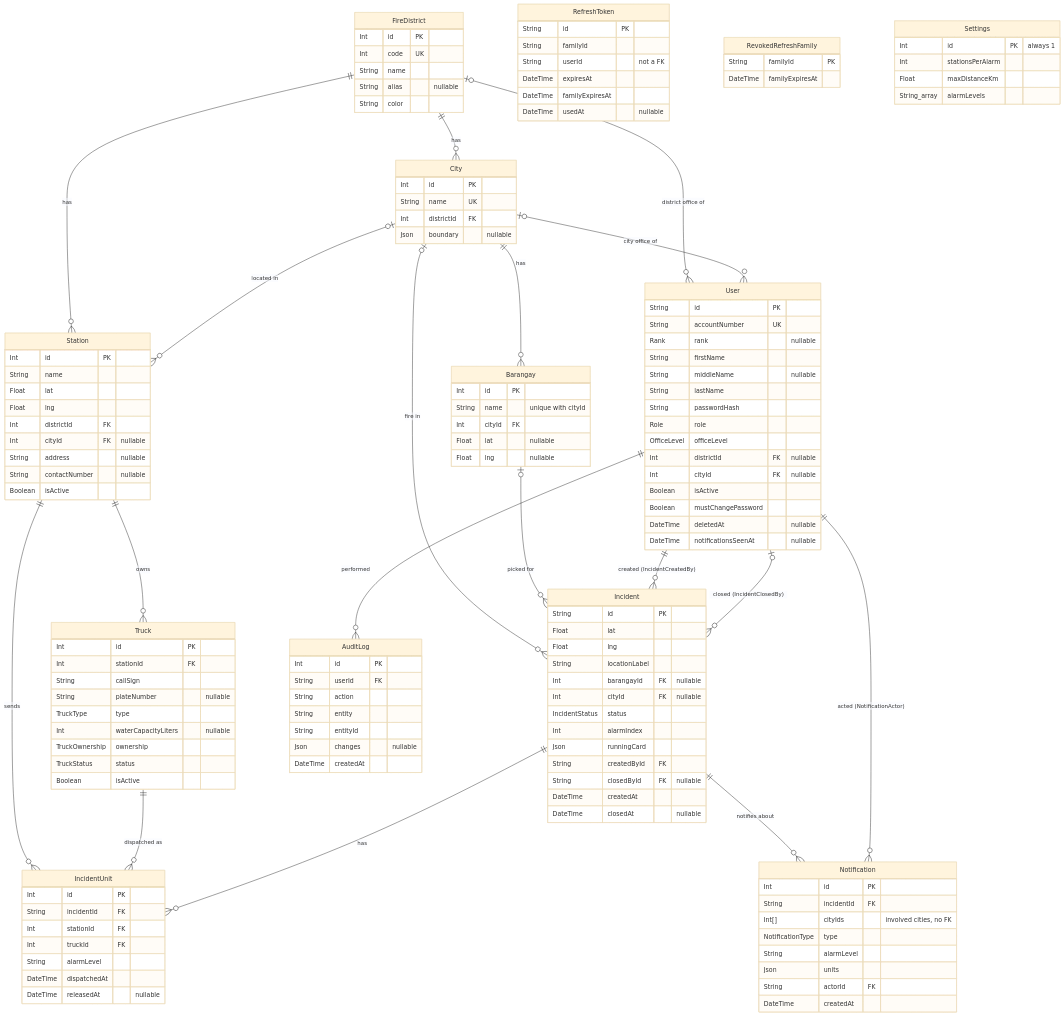
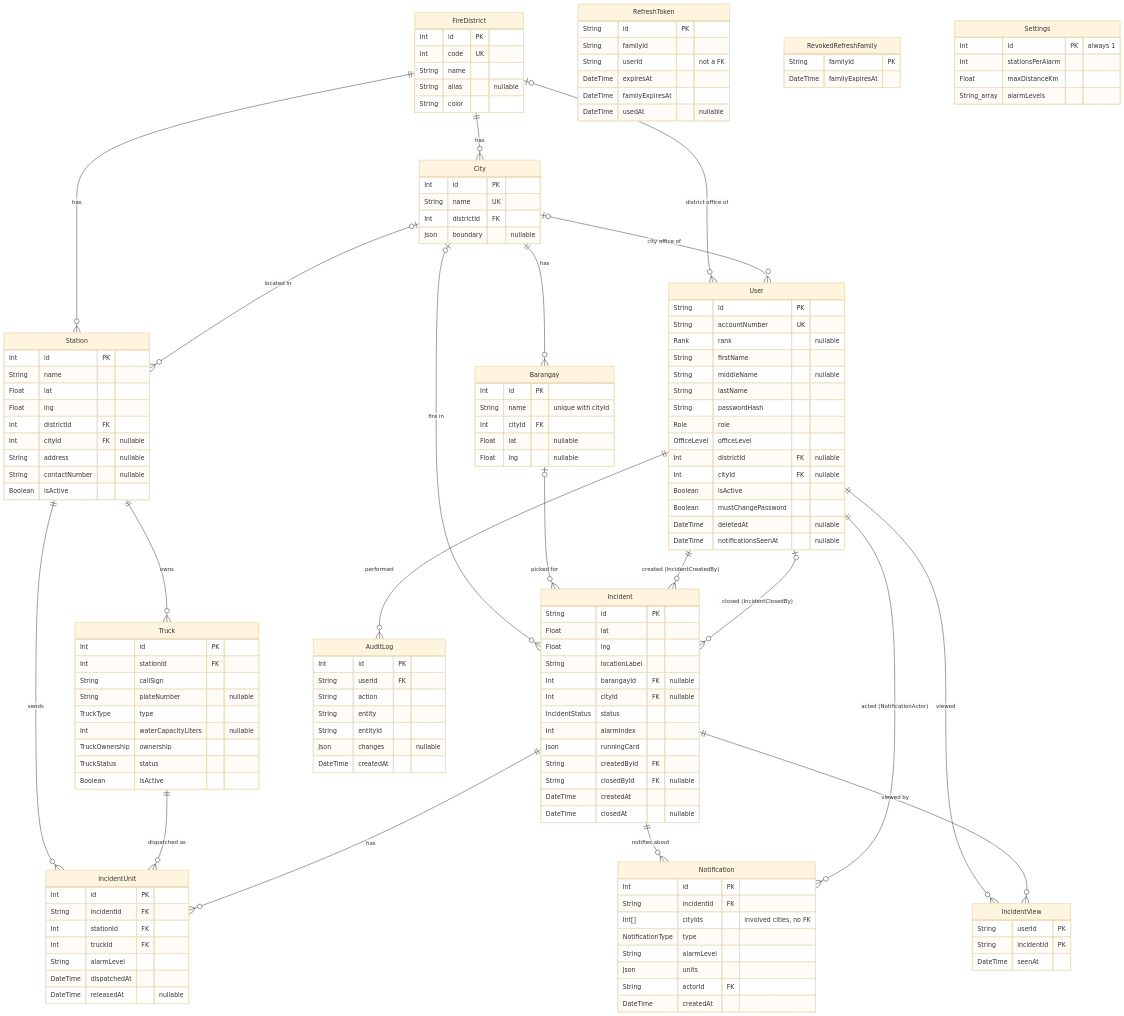
One commit to geofreybazar/runningcardsystem changed the diagram in docs/database/erd.md. Above: the diagram before and after it, drawn with Mermaid (base theme). The commit also changed 48 other files, not shown here.

First line of the commit message:
UI/UX: office names, live incident pages, time log, alarm scale, night mode

```diff
--- a/docs/database/erd.md
+++ b/docs/database/erd.md
@@ -21,6 +21,8 @@
   User ||--o{ AuditLog : "performed"
   Incident ||--o{ Notification : "notifies about"
   User ||--o{ Notification : "acted (NotificationActor)"
+  User ||--o{ IncidentView : "viewed"
+  Incident ||--o{ IncidentView : "viewed by"
 
   FireDistrict {
     Int id PK
@@ -80,6 +82,11 @@
     Boolean mustChangePassword
     DateTime deletedAt "nullable"
     DateTime notificationsSeenAt "nullable"
+  }
+  IncidentView {
+    String userId PK
+    String incidentId PK
+    DateTime seenAt
   }
   Notification {
     Int id PK
```
